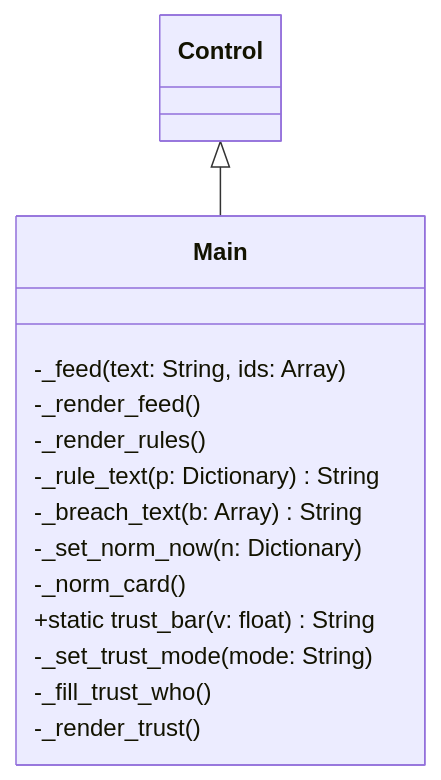
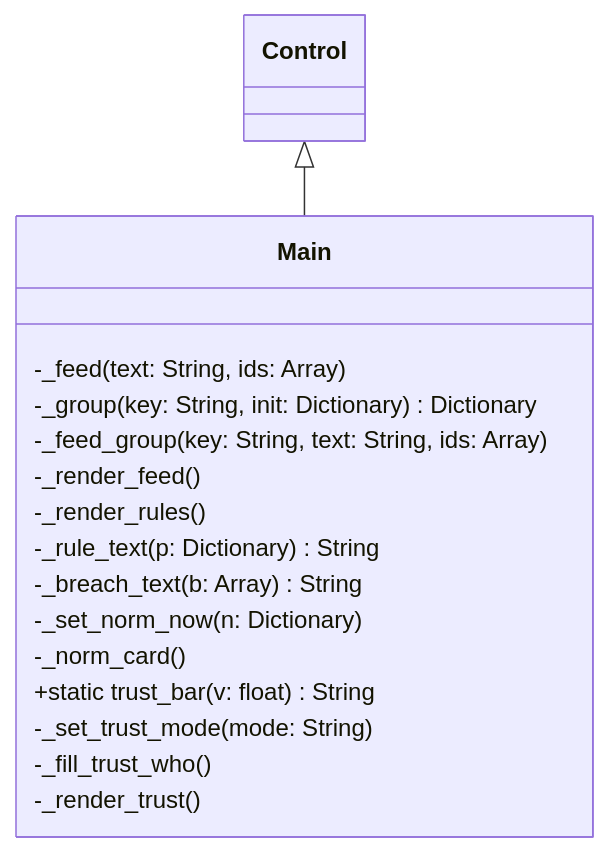
One commit to Romain-LM-Dev/Projet-Parcours---Filets-de-Vellmor changed diagram 13 of 37 in docs/uml/classes-godot.md. Above: the diagram before and after it, drawn with Mermaid. The commit also changed other lines of this file and 14 other files, not shown here.

````diff
--- a/docs/uml/classes-godot.md
+++ b/docs/uml/classes-godot.md
@@ -590,17 +603,19 @@
 ```mermaid
 classDiagram
     class Main {
         -_feed(text: String, ids: Array)
+        -_group(key: String, init: Dictionary) Dictionary
+        -_feed_group(key: String, text: String, ids: Array)
         -_render_feed()
         -_render_rules()
         -_rule_text(p: Dictionary) String
         -_breach_text(b: Array) String
         -_set_norm_now(n: Dictionary)
         -_norm_card()
         +static trust_bar(v: float) String
         -_set_trust_mode(mode: String)
         -_fill_trust_who()
         -_render_trust()
     }
     Control <|-- Main
 ```
````
